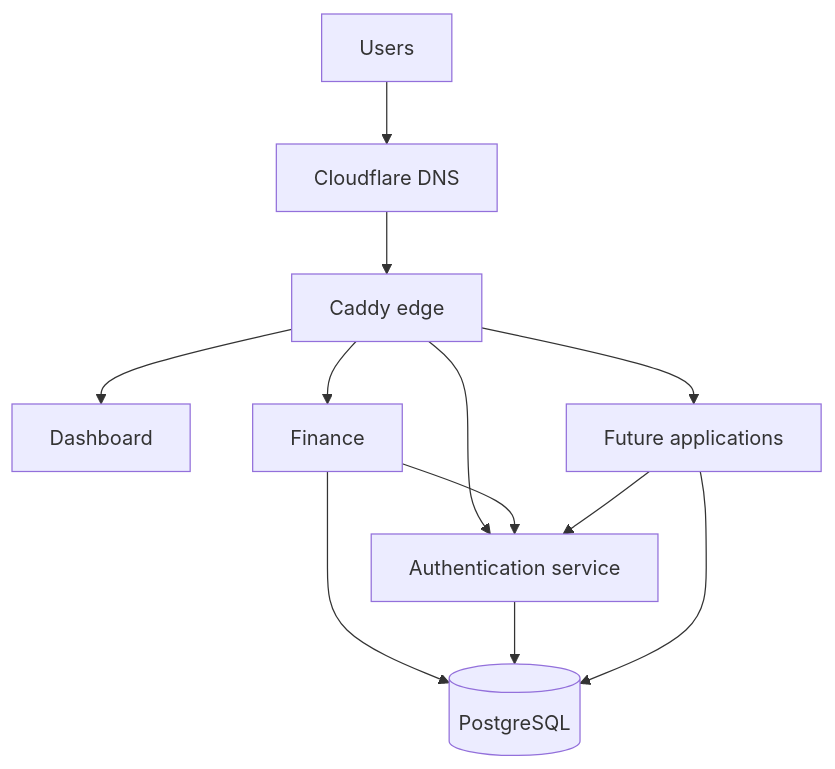
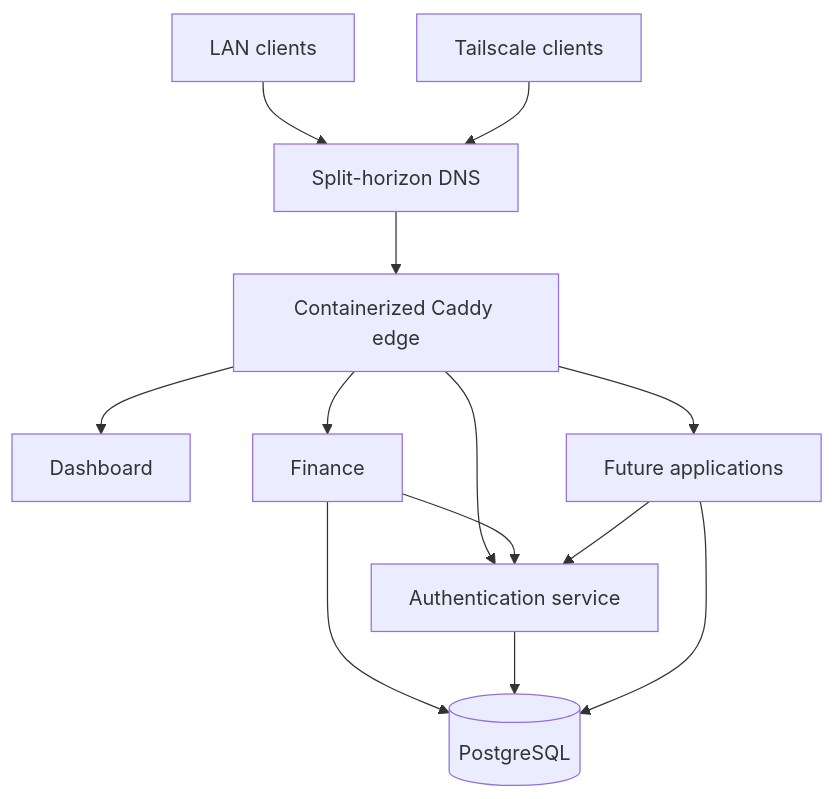
The diagram in README.md (pior-labs/platform), drawn with Mermaid before and after one commit. The commit also changed other lines of this file, not shown here.

````diff
--- a/README.md
+++ b/README.md
@@ -30,17 +33,18 @@
 ```mermaid
 flowchart TD
-    U[Users] --> DNS[Cloudflare DNS]
-    DNS --> EDGE[Caddy edge]
+    LAN[LAN clients] --> DNS[Split-horizon DNS]
+    TS[Tailscale clients] --> DNS
+    DNS --> EDGE[Containerized Caddy edge]
 
     EDGE --> DASH[Dashboard]
     EDGE --> FIN[Finance]
     EDGE --> AUTH[Authentication service]
     EDGE --> FUTURE[Future applications]
 
     FIN --> AUTH
     FUTURE --> AUTH
 
     FIN --> DB[(PostgreSQL)]
     AUTH --> DB
     FUTURE --> DB
 ```
````
